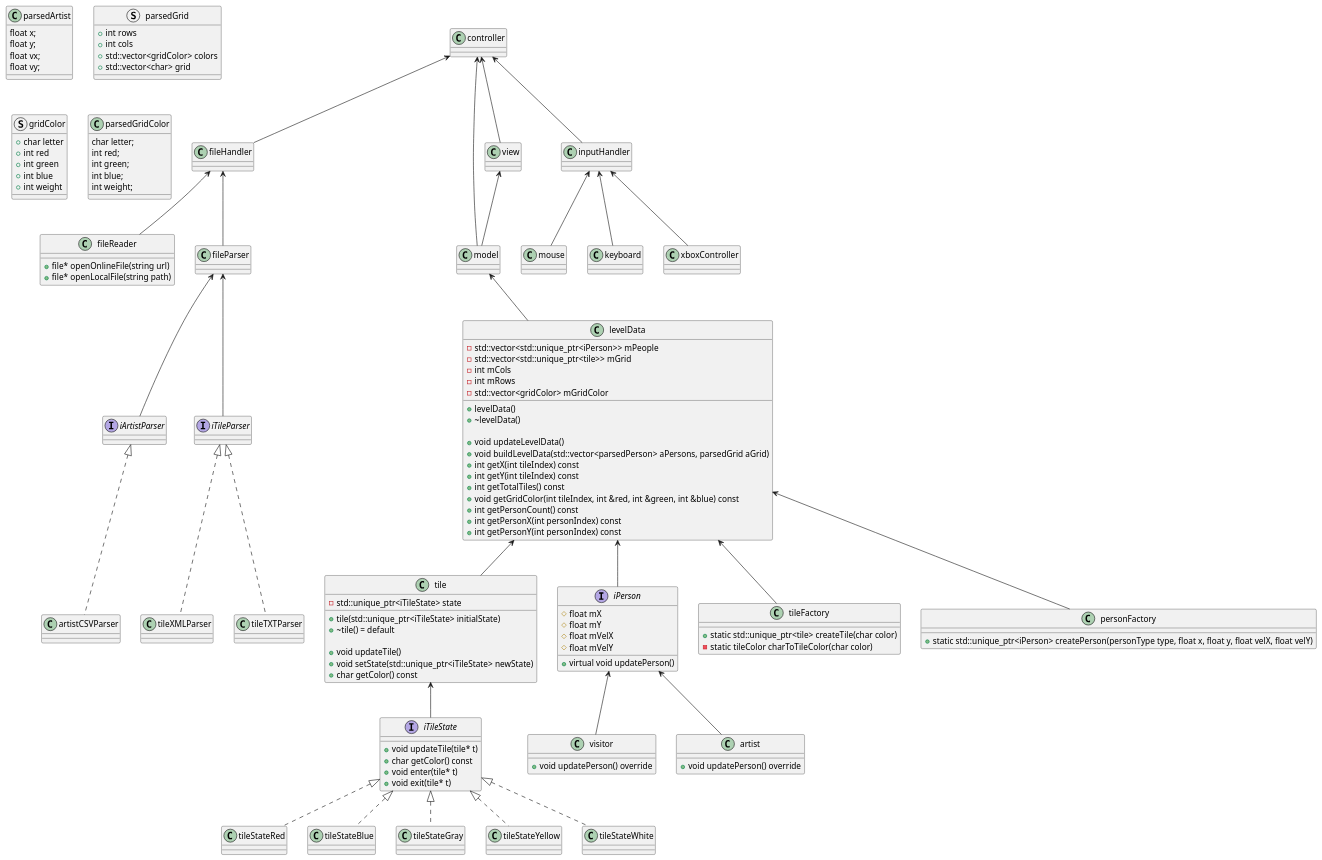
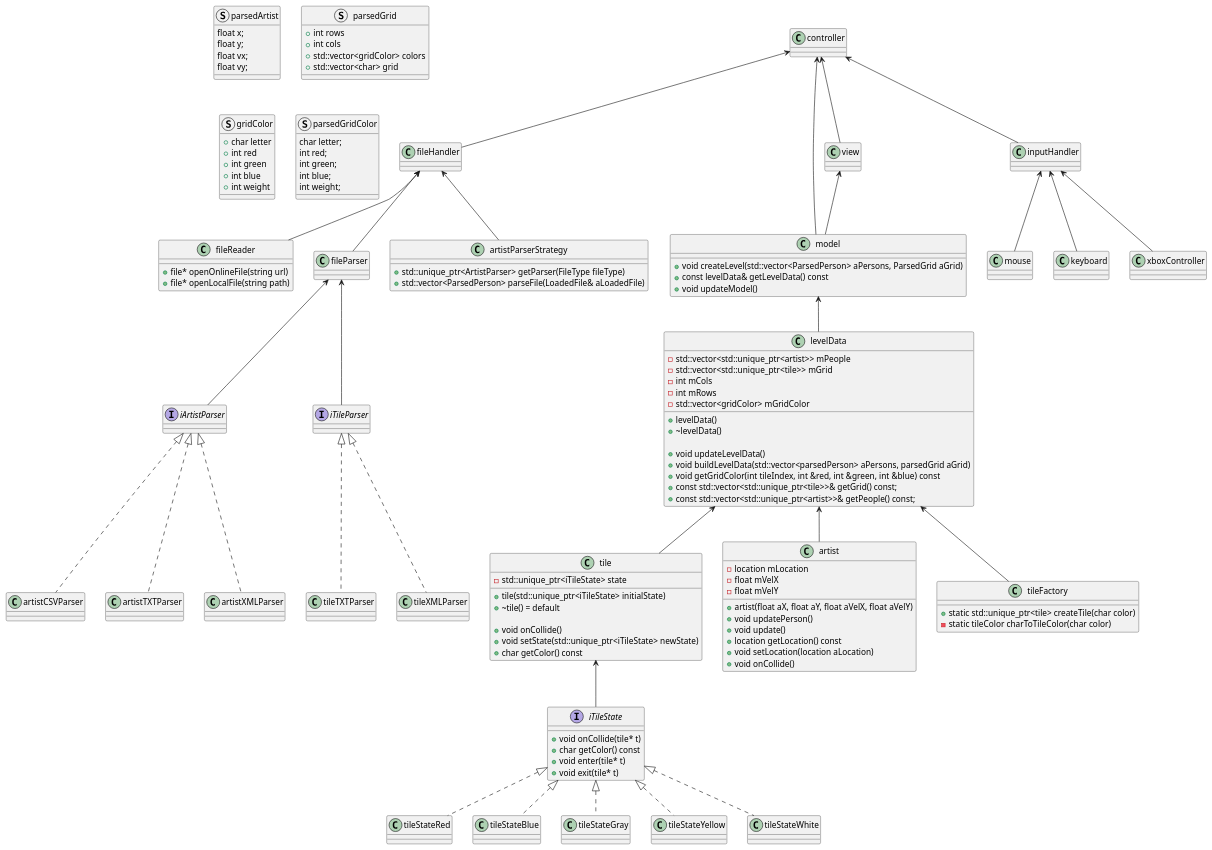
The diagram in docs/classDiagram.puml (heavydragon99/AlgaDepa_Assesment), drawn with PlantUML before and after one commit.

Commit message:
Updated class diagram

```diff
--- a/docs/classDiagram.puml
+++ b/docs/classDiagram.puml
@@ -22,10 +22,15 @@
 class artistCSVParser{ 
 }
 
-class tileXMLParser {
+class artistTXTParser {
 }
 
-class tileTXTParser {
+class artistXMLParser {
+}
+
+class artistParserStrategy {
+    +std::unique_ptr<ArtistParser> getParser(FileType fileType)
+    +std::vector<ParsedPerson> parseFile(LoadedFile& aLoadedFile)
 }
 
 class controller{
@@ -33,6 +38,9 @@
 }
 
 class model{
+    +void createLevel(std::vector<ParsedPerson> aPersons, ParsedGrid aGrid)
+    +const levelData& getLevelData() const
+    +void updateModel()
 }
 
 class levelData{
@@ -41,15 +49,11 @@
 
     +void updateLevelData()
     +void buildLevelData(std::vector<parsedPerson> aPersons, parsedGrid aGrid)
-    +int getX(int tileIndex) const
-    +int getY(int tileIndex) const
-    +int getTotalTiles() const
     +void getGridColor(int tileIndex, int &red, int &green, int &blue) const
-    +int getPersonCount() const
-    +int getPersonX(int personIndex) const
-    +int getPersonY(int personIndex) const
+    +const std::vector<std::unique_ptr<tile>>& getGrid() const;
+    +const std::vector<std::unique_ptr<artist>>& getPeople() const;
 
-    -std::vector<std::unique_ptr<iPerson>> mPeople
+    -std::vector<std::unique_ptr<artist>> mPeople
     -std::vector<std::unique_ptr<tile>> mGrid
     -int mCols
     -int mRows
@@ -60,7 +64,7 @@
     +tile(std::unique_ptr<iTileState> initialState)
     +~tile() = default
 
-    +void updateTile()
+    +void onCollide()
     +void setState(std::unique_ptr<iTileState> newState)
     +char getColor() const
 
@@ -68,7 +72,7 @@
 }
 
 interface iTileState{
-    +void updateTile(tile* t)
+    +void onCollide(tile* t)
     +char getColor() const
     +void enter(tile* t)
     +void exit(tile* t)
@@ -89,21 +93,21 @@
 class tileStateWhite{
 }
 
-interface iPerson{
-    +virtual void updatePerson()
+class artist{
+    ' +struct location{
+    '     float x;
+    '     float y;
+    ' }
+    +artist(float aX, float aY, float aVelX, float aVelY)
+    +void updatePerson()
+    +void update()
+    +location getLocation() const
+    +void setLocation(location aLocation)
+    +void onCollide()
 
-    #float mX
-    #float mY
-    #float mVelX
-    #float mVelY
-}
-
-class visitor{
-    +void updatePerson() override
-}
-
-class artist{
-    +void updatePerson() override
+    -location mLocation
+    -float mVelX
+    -float mVelY
 }
 
 class inputHandler{
@@ -126,13 +130,9 @@
     -static tileColor charToTileColor(char color)
 }
 
-class personFactory{
-    +static std::unique_ptr<iPerson> createPerson(personType type, float x, float y, float velX, float velY)
-}
-
 class view{}
 
-class parsedArtist{
+struct parsedArtist{
     float x;
     float y;
     float vx;
@@ -156,7 +156,7 @@
     +int weight
 }
 
-class parsedGridColor{
+struct parsedGridColor{
     char letter;
     int red;
     int green;
@@ -181,12 +181,9 @@
 iTileState <|.. tileStateYellow
 iTileState <|.. tileStateWhite
 
-levelData <-- iPerson
-iPerson <-- visitor
-iPerson <-- artist
+levelData <-- artist
 
 levelData <-- tileFactory
-levelData <-- personFactory
 
 ' filehandler
 fileHandler <-- fileReader
@@ -197,6 +194,9 @@
 fileParser <-- iTileParser
 
 iArtistParser <|.. artistCSVParser
+iArtistParser <|.. artistTXTParser
+iArtistParser <|.. artistXMLParser
+
 iTileParser <|.. tileTXTParser
 iTileParser <|.. tileXMLParser
 
@@ -204,4 +204,6 @@
 inputHandler <-- mouse
 inputHandler <-- keyboard
 inputHandler <-- xboxController
+
+fileHandler <-- artistParserStrategy
 @enduml
```
